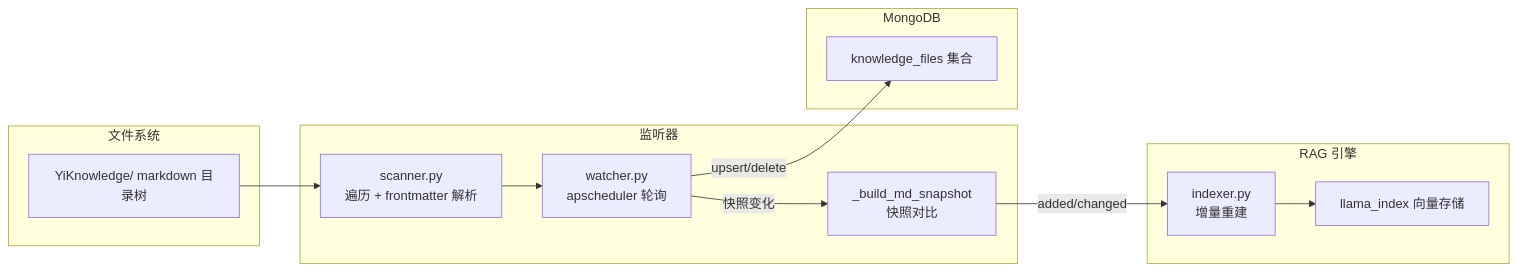
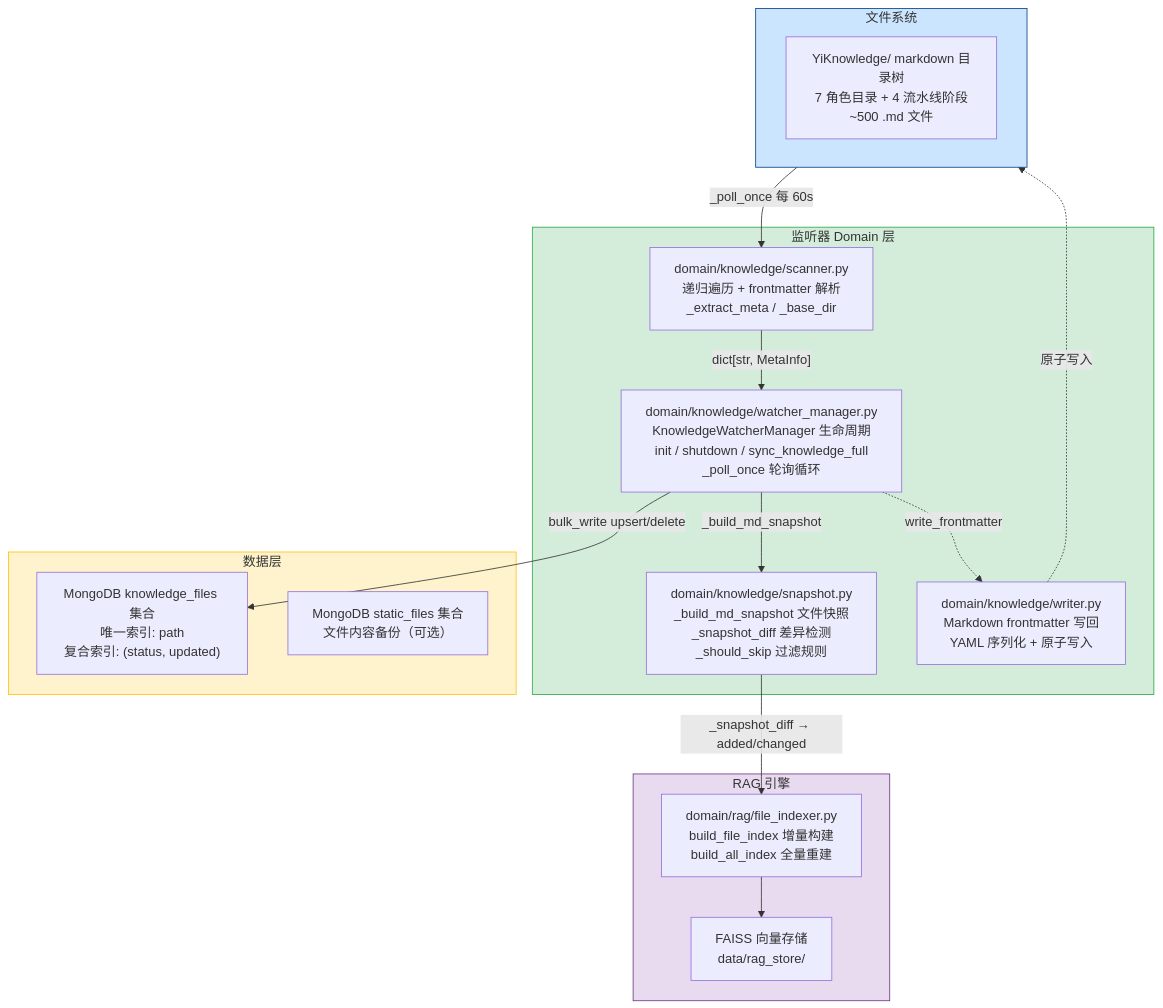
The first of 2 diagrams in YiKnowledge/projects/yiai/devs/2026-07/02-prd-task-知识库监听器.md (effiy/YrY), drawn with Mermaid before and after one commit. The commit also changed other lines of this file and 4958 other files, not shown here.

````diff
--- a/YiKnowledge/projects/yiai/devs/2026-07/02-prd-task-知识库监听器.md
+++ b/YiKnowledge/projects/yiai/devs/2026-07/02-prd-task-知识库监听器.md
@@ -37,22 +44,37 @@
 ```mermaid
-flowchart LR
+flowchart TB
   subgraph DISK["文件系统"]
-    YK["YiKnowledge/ markdown 目录树"]
+    YK["YiKnowledge/ markdown 目录树<br/>7 角色目录 + 4 流水线阶段<br/>~500 .md 文件"]
   end
-  subgraph WATCHER["监听器"]
-    SCAN["scanner.py<br/>遍历 + frontmatter 解析"]
-    WATCH["watcher.py<br/>apscheduler 轮询"]
-    SNAP["_build_md_snapshot<br/>快照对比"]
+
+  subgraph WATCHER["监听器 Domain 层"]
+    SCANNER["domain/knowledge/scanner.py<br/>递归遍历 + frontmatter 解析<br/>_extract_meta / _base_dir"]
+    SNAPSHOT["domain/knowledge/snapshot.py<br/>_build_md_snapshot 文件快照<br/>_snapshot_diff 差异检测<br/>_should_skip 过滤规则"]
+    MANAGER["domain/knowledge/watcher_manager.py<br/>KnowledgeWatcherManager 生命周期<br/>init / shutdown / sync_knowledge_full<br/>_poll_once 轮询循环"]
+    WRITER["domain/knowledge/writer.py<br/>Markdown frontmatter 写回<br/>YAML 序列化 + 原子写入"]
   end
-  subgraph DB["MongoDB"]
-    KF["knowledge_files 集合"]
+
+  subgraph DATA["数据层"]
+    MONGO["MongoDB knowledge_files 集合<br/>唯一索引: path<br/>复合索引: (status, updated)"]
+    static_files["MongoDB static_files 集合<br/>文件内容备份（可选）"]
   end
+
   subgraph RAG["RAG 引擎"]
-    INDEXER["indexer.py<br/>增量重建"]
-    STORE["llama_index 向量存储"]
+    INDEXER["domain/rag/file_indexer.py<br/>build_file_index 增量构建<br/>build_all_index 全量重建"]
+    STORE["FAISS 向量存储<br/>data/rag_store/"]
   end
-  YK --> SCAN --> WATCH
-  WATCH -->|"upsert/delete"| KF
-  WATCH -->|"快照变化"| SNAP
-  SNAP -->|"added/changed"| INDEXER --> STORE
+
+  DISK -->|"_poll_once 每 60s"| SCANNER
+  SCANNER -->|"dict[str, MetaInfo]"| MANAGER
+  MANAGER -->|"_build_md_snapshot"| SNAPSHOT
+  MANAGER -->|"bulk_write upsert/delete"| MONGO
+  SNAPSHOT -->|"_snapshot_diff → added/changed"| INDEXER
+  INDEXER --> STORE
+  MANAGER -.->|"write_frontmatter"| WRITER
+  WRITER -.->|"原子写入"| DISK
+
+  style DISK fill:#cce5ff,stroke:#004085
+  style WATCHER fill:#d4edda,stroke:#28a745
+  style DATA fill:#fff3cd,stroke:#ffc107
+  style RAG fill:#e8daef,stroke:#6c3483
 ```
````
